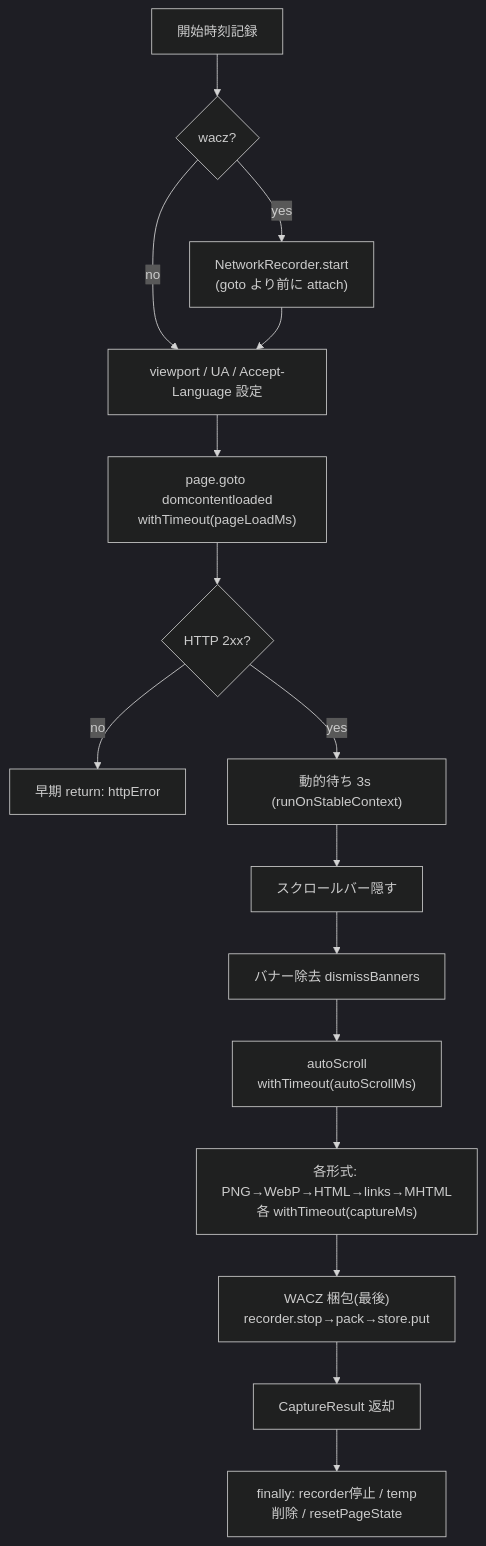
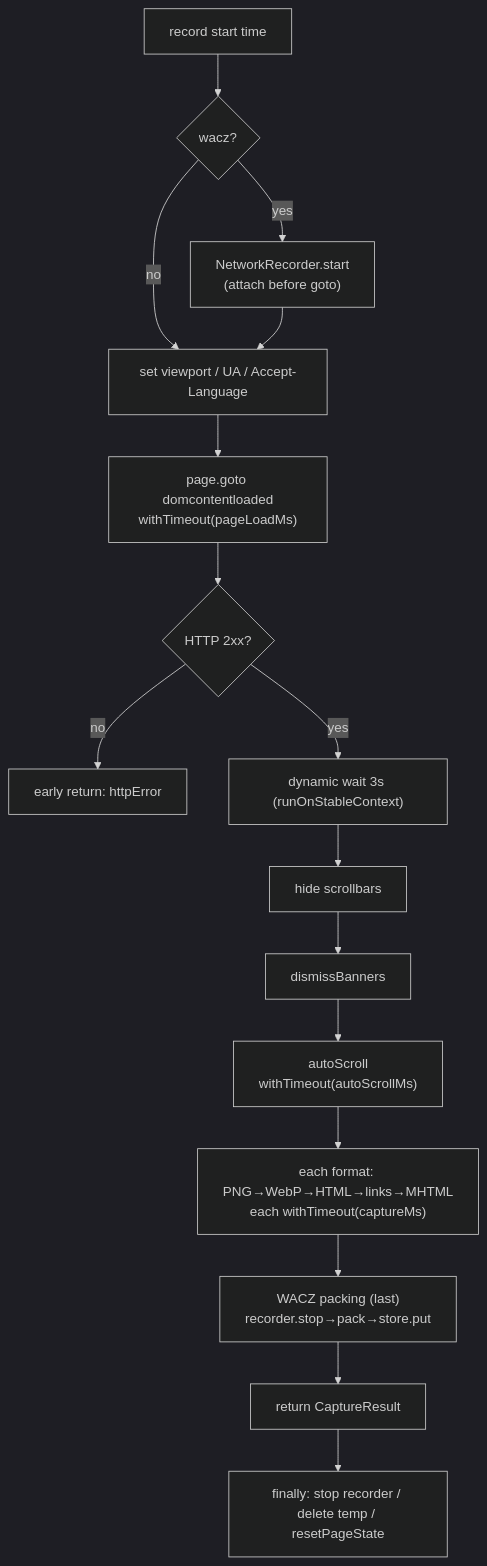
Before and after one commit to uraitakahito/browserhive: the fifth of 7 diagrams in docs-site/src/content/docs/architecture.mdx, drawn with Mermaid (dark theme). The commit also changed other lines of this file and 17 other files, not shown here.

````diff
--- a/docs-site/src/content/docs/architecture.mdx
+++ b/docs-site/src/content/docs/architecture.mdx
@@ -176,18 +190,18 @@
 ```mermaid
 flowchart TD
-  S0["開始時刻記録"] --> S1{"wacz?"}
-  S1 -->|yes| S2["NetworkRecorder.start<br>(goto より前に attach)"]
+  S0["record start time"] --> S1{"wacz?"}
+  S1 -->|yes| S2["NetworkRecorder.start<br>(attach before goto)"]
   S1 -->|no| S3
-  S2 --> S3["viewport / UA / Accept-Language 設定"]
+  S2 --> S3["set viewport / UA / Accept-Language"]
   S3 --> S4["page.goto domcontentloaded<br>withTimeout(pageLoadMs)"]
   S4 --> S5{"HTTP 2xx?"}
-  S5 -->|no| SE["早期 return: httpError"]
-  S5 -->|yes| S6["動的待ち 3s (runOnStableContext)"]
-  S6 --> S7["スクロールバー隠す"]
-  S7 --> S8["バナー除去 dismissBanners"]
+  S5 -->|no| SE["early return: httpError"]
+  S5 -->|yes| S6["dynamic wait 3s (runOnStableContext)"]
+  S6 --> S7["hide scrollbars"]
+  S7 --> S8["dismissBanners"]
   S8 --> S9["autoScroll<br>withTimeout(autoScrollMs)"]
-  S9 --> S10["各形式: PNG→WebP→HTML→links→MHTML<br>各 withTimeout(captureMs)"]
-  S10 --> S11["WACZ 梱包(最後)<br>recorder.stop→pack→store.put"]
-  S11 --> S12["CaptureResult 返却"]
-  S12 --> S13["finally: recorder停止 / temp削除 / resetPageState"]
+  S9 --> S10["each format: PNG→WebP→HTML→links→MHTML<br>each withTimeout(captureMs)"]
+  S10 --> S11["WACZ packing (last)<br>recorder.stop→pack→store.put"]
+  S11 --> S12["return CaptureResult"]
+  S12 --> S13["finally: stop recorder / delete temp / resetPageState"]
 ```
````
